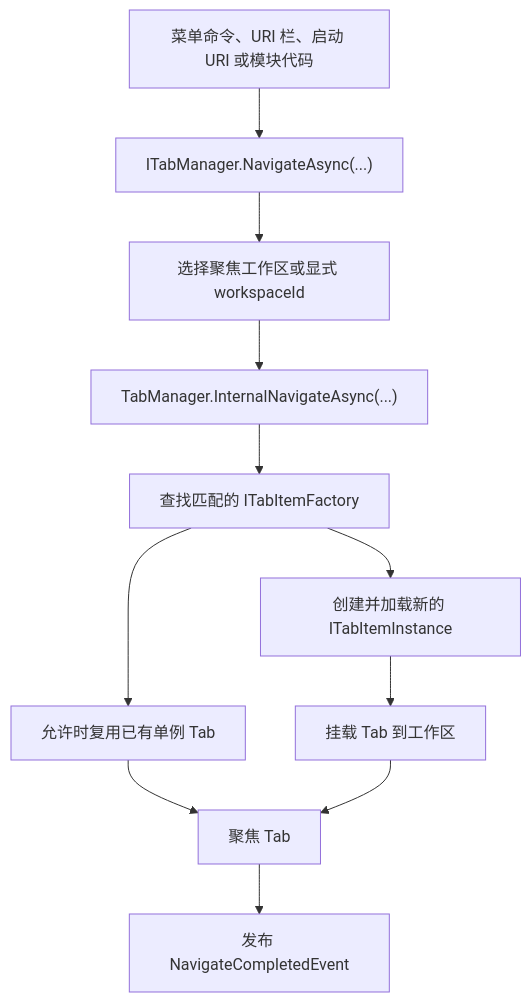
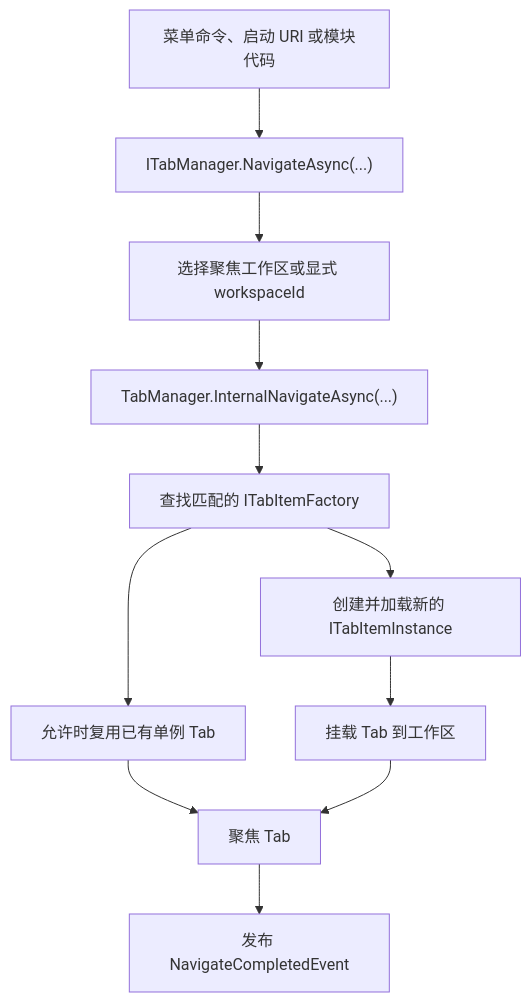
Before and after one commit to ZiYuCai1984/ZYC.Framework: the diagram in docs/navigation-workspace.zh-CN.md, drawn with Mermaid. The commit also changed other lines of this file and 69 other files, not shown here.

````diff
--- a/docs/navigation-workspace.zh-CN.md
+++ b/docs/navigation-workspace.zh-CN.md
@@ -27,13 +27,13 @@
 ```mermaid
 graph TD
-    A["菜单命令、URI 栏、启动 URI 或模块代码"] --> B["ITabManager.NavigateAsync(...)"]
+    A["菜单命令、启动 URI 或模块代码"] --> B["ITabManager.NavigateAsync(...)"]
     B --> C["选择聚焦工作区或显式 workspaceId"]
     C --> D["TabManager.InternalNavigateAsync(...)"]
     D --> E["查找匹配的 ITabItemFactory"]
     E --> F["允许时复用已有单例 Tab"]
     E --> G["创建并加载新的 ITabItemInstance"]
     G --> H["挂载 Tab 到工作区"]
     F --> I["聚焦 Tab"]
     H --> I
     I --> J["发布 NavigateCompletedEvent"]
 ```
````
